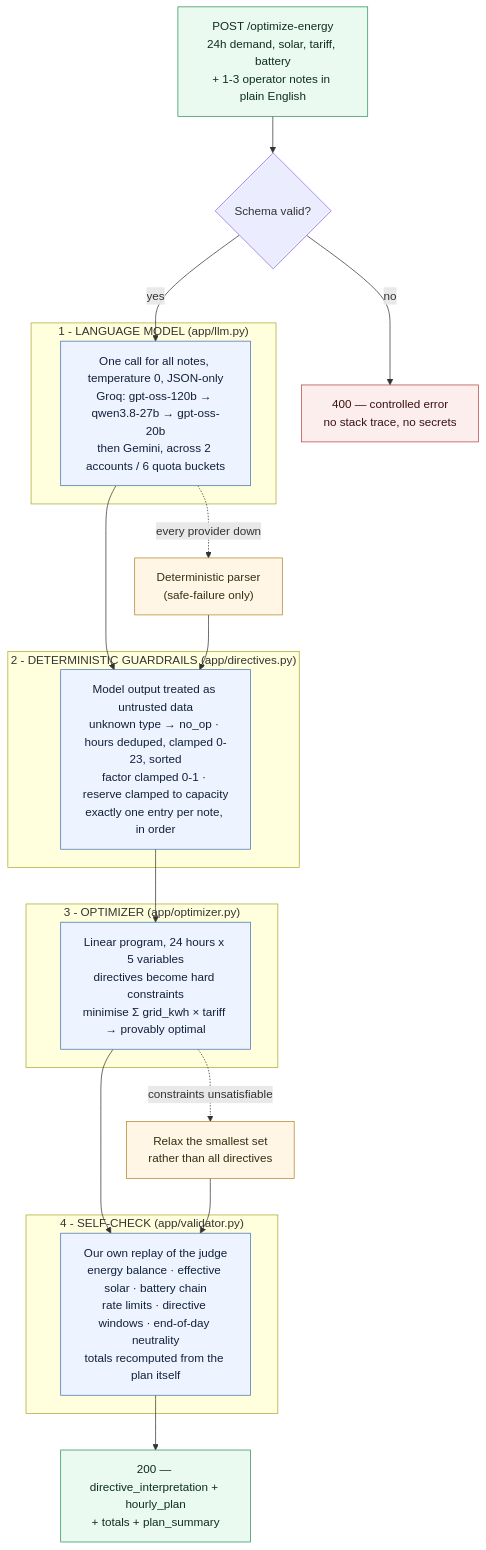
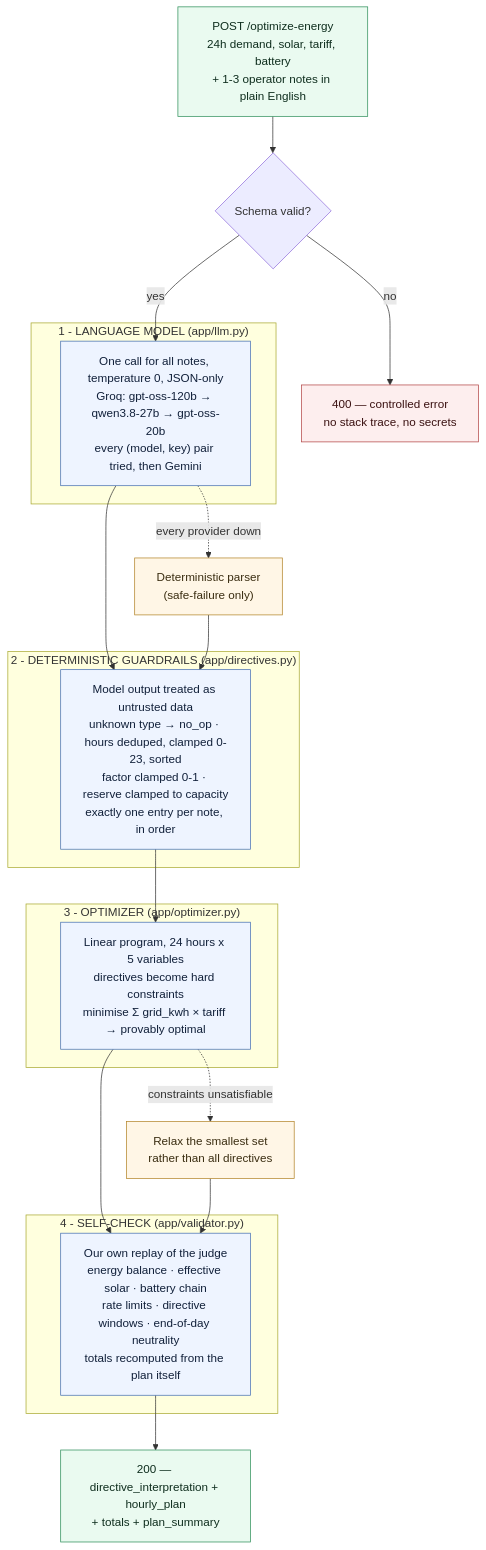
One commit to Nakib-Saleh/Power_Puff changed the first of 2 diagrams in README.md. Above: the diagram before and after it, drawn with Mermaid. The commit also changed other lines of this file, not shown here.

Commit message:
architecture updated

````diff
--- a/README.md
+++ b/README.md
@@ -23,43 +23,43 @@
 ```mermaid
 flowchart TB
     REQ["POST /optimize-energy<br/>24h demand, solar, tariff, battery<br/>+ 1-3 operator notes in plain English"]
     VAL{"Schema valid?"}
     REJ["400 — controlled error<br/>no stack trace, no secrets"]
 
     REQ --> VAL
     VAL -->|no| REJ
     VAL -->|yes| LLM
 
     subgraph S1["1 - LANGUAGE MODEL  (app/llm.py)"]
-        LLM["One call for all notes, temperature 0, JSON-only<br/>Groq: gpt-oss-120b → qwen3.8-27b → gpt-oss-20b<br/>then Gemini, across 2 accounts / 6 quota buckets"]
+        LLM["One call for all notes, temperature 0, JSON-only<br/>Groq: gpt-oss-120b → qwen3.8-27b → gpt-oss-20b<br/>every (model, key) pair tried, then Gemini"]
     end
 
     subgraph S2["2 - DETERMINISTIC GUARDRAILS  (app/directives.py)"]
         GR["Model output treated as untrusted data<br/>unknown type → no_op · hours deduped, clamped 0-23, sorted<br/>factor clamped 0-1 · reserve clamped to capacity<br/>exactly one entry per note, in order"]
     end
 
     subgraph S3["3 - OPTIMIZER  (app/optimizer.py)"]
         OPT["Linear program, 24 hours x 5 variables<br/>directives become hard constraints<br/>minimise Σ grid_kwh × tariff → provably optimal"]
     end
 
     subgraph S4["4 - SELF-CHECK  (app/validator.py)"]
         CHK["Our own replay of the judge<br/>energy balance · effective solar · battery chain<br/>rate limits · directive windows · end-of-day neutrality<br/>totals recomputed from the plan itself"]
     end
 
     LLM --> GR --> OPT --> CHK
     CHK --> RESP["200 — directive_interpretation + hourly_plan<br/>+ totals + plan_summary"]
 
     LLM -. "every provider down" .-> FB["Deterministic parser<br/>(safe-failure only)"]
     FB --> GR
     OPT -. "constraints unsatisfiable" .-> RELAX["Relax the smallest set<br/>rather than all directives"]
     RELAX --> CHK
 
     classDef stage fill:#eef4ff,stroke:#4770b3,stroke-width:1px,color:#11203a
     classDef safe fill:#fff6e6,stroke:#b3852a,stroke-width:1px,color:#3a2d11
     classDef io fill:#eafaf0,stroke:#2f8f5b,stroke-width:1px,color:#0f2e1e
     classDef bad fill:#fdeeee,stroke:#b34747,stroke-width:1px,color:#3a1111
     class LLM,GR,OPT,CHK stage
     class FB,RELAX safe
     class REQ,RESP io
     class REJ bad
 ```
````
